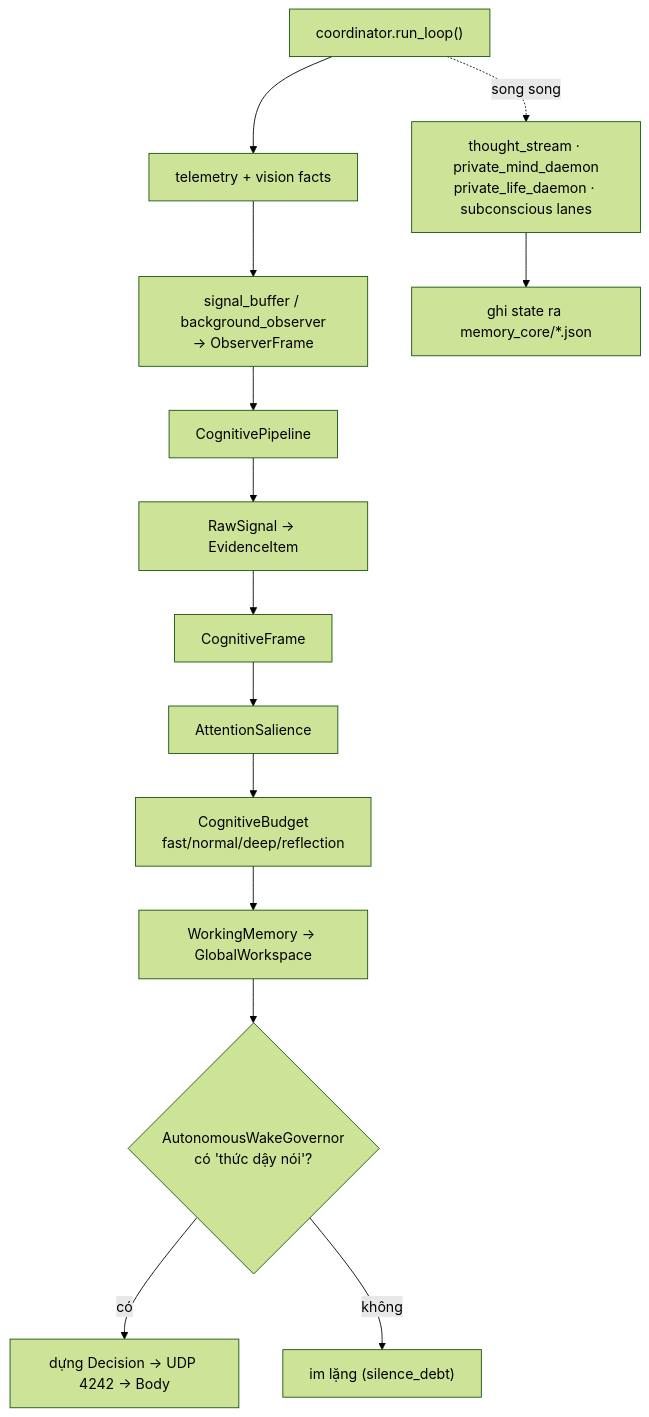
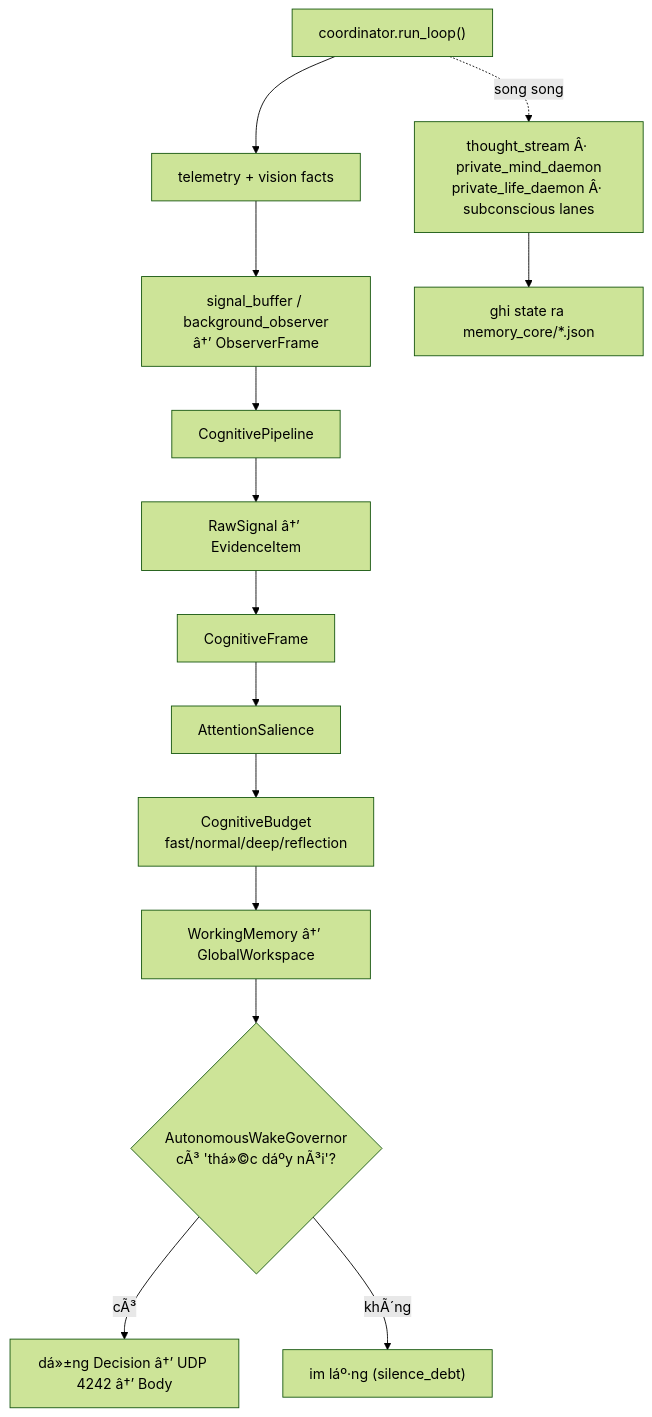
Before and after one commit to Gtvkun-ai/eris: the fourth of 5 diagrams in docs/architecture-graph.md, drawn with Mermaid (forest theme). The commit also changed other lines of this file and 79 other files, not shown here.

````diff
--- a/docs/architecture-graph.md
+++ b/docs/architecture-graph.md
@@ -133,17 +133,17 @@
 ```mermaid
 flowchart TB
     LOOP["coordinator.run_loop()"] --> TELE["telemetry + vision facts"]
-    TELE --> OBS["signal_buffer / background_observer<br/>→ ObserverFrame"]
+    TELE --> OBS["signal_buffer / background_observer<br/>â†’ ObserverFrame"]
     OBS --> CP["CognitivePipeline"]
-    CP --> S1["RawSignal → EvidenceItem"]
+    CP --> S1["RawSignal â†’ EvidenceItem"]
     S1 --> S2["CognitiveFrame"]
     S2 --> S3["AttentionSalience"]
     S3 --> S4["CognitiveBudget<br/>fast/normal/deep/reflection"]
-    S4 --> S5["WorkingMemory → GlobalWorkspace"]
-    S5 --> WAKE{"AutonomousWakeGovernor<br/>có 'thức dậy nói'?"}
-    WAKE -->|"có"| DEC["dựng Decision → UDP 4242 → Body"]
-    WAKE -->|"không"| SILENT["im lặng (silence_debt)"]
+    S4 --> S5["WorkingMemory â†’ GlobalWorkspace"]
+    S5 --> WAKE{"AutonomousWakeGovernor<br/>cÃ³ 'thá»©c dáº­y nÃ³i'?"}
+    WAKE -->|"cÃ³"| DEC["dá»±ng Decision â†’ UDP 4242 â†’ Body"]
+    WAKE -->|"khÃ´ng"| SILENT["im láº·ng (silence_debt)"]
 
-    LOOP -. song song .-> BG["thought_stream · private_mind_daemon<br/>private_life_daemon · subconscious lanes"]
+    LOOP -. song song .-> BG["thought_stream Â· private_mind_daemon<br/>private_life_daemon Â· subconscious lanes"]
     BG --> STATE["ghi state ra memory_core/*.json"]
 ```
````
